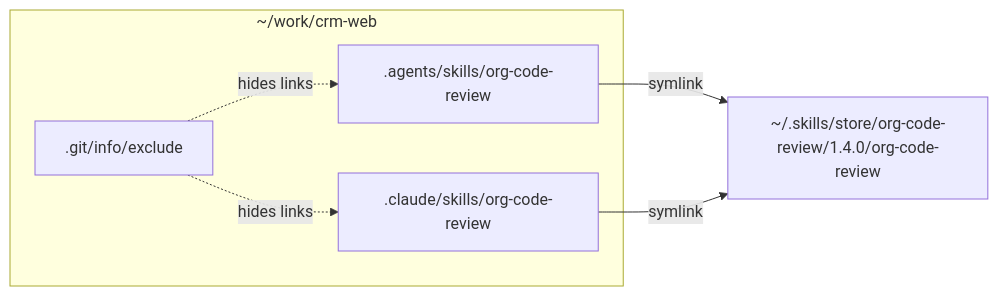
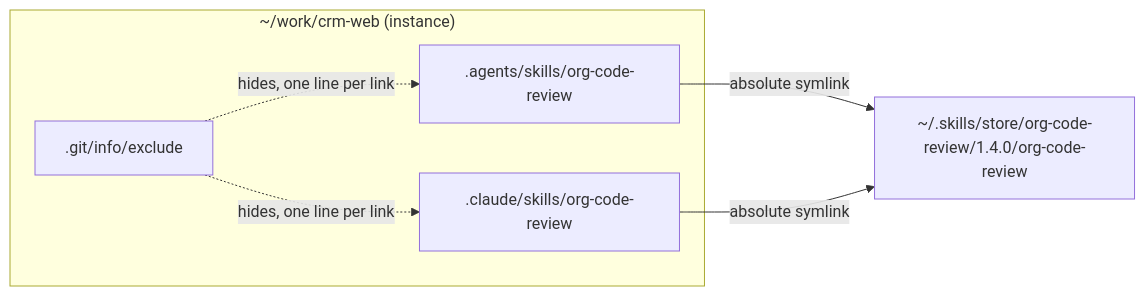
Before and after one commit to abindran/skillctl: the first of 4 diagrams in wiki/Linking.md, drawn with Mermaid. The commit also changed other lines of this file and 8 other files, not shown here.

First line of the commit message:
Add README and restrict wiki to technical architecture

````diff
--- a/wiki/Linking.md
+++ b/wiki/Linking.md
@@ -5,13 +7,13 @@
 ```mermaid
 flowchart LR
-    subgraph Project["~/work/crm-web"]
+    subgraph Project["~/work/crm-web (instance)"]
         A[".agents/skills/org-code-review"]
         C[".claude/skills/org-code-review"]
         X[".git/info/exclude"]
     end
     ST["~/.skills/store/org-code-review/1.4.0/org-code-review"]
-    A -- symlink --> ST
-    C -- symlink --> ST
-    X -. hides links .-> A
-    X -. hides links .-> C
+    A -- "absolute symlink" --> ST
+    C -- "absolute symlink" --> ST
+    X -. "hides, one line per link" .-> A
+    X -. "hides, one line per link" .-> C
 ```
````
